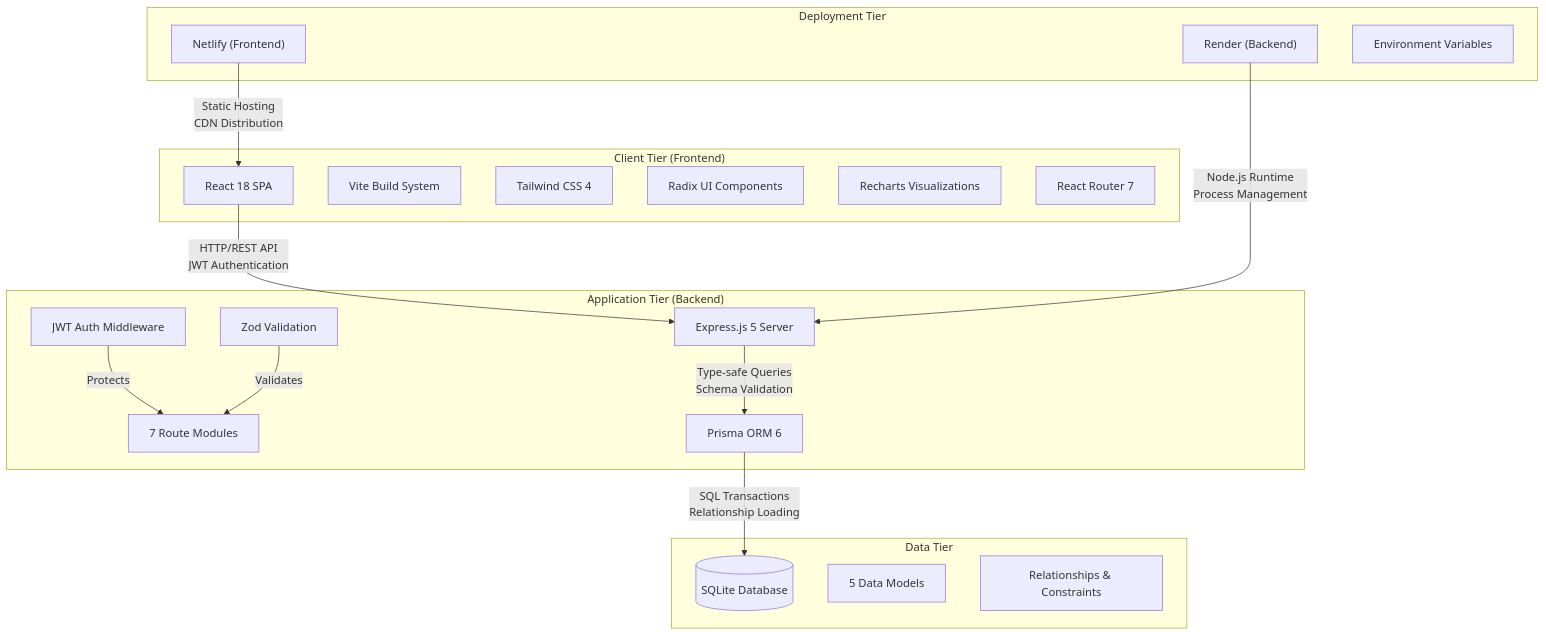
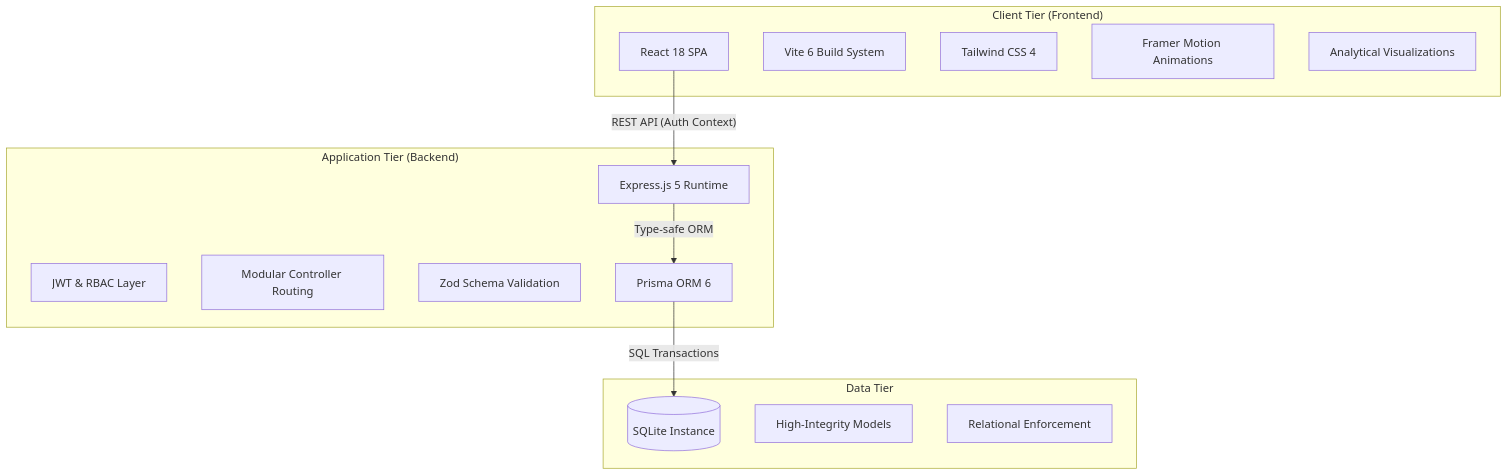
One commit to 4xrhd/logistic-maitainance- changed the diagram in documentation/ARCHITECTURE.md. Above: the diagram before and after it, drawn with Mermaid. The commit also changed other lines of this file and 8 other files, not shown here.

````diff
--- a/documentation/ARCHITECTURE.md
+++ b/documentation/ARCHITECTURE.md
@@ -7,41 +7,28 @@
 ```mermaid
 graph TD
     subgraph Client ["Client Tier (Frontend)"]
         React["React 18 SPA"]
-        Vite["Vite Build System"]
+        Vite["Vite 6 Build System"]
         Tailwind["Tailwind CSS 4"]
-        Radix["Radix UI Components"]
-        Recharts["Recharts Visualizations"]
-        Router["React Router 7"]
+        Motion["Framer Motion Animations"]
+        Recharts["Analytical Visualizations"]
     end
 
     subgraph Server ["Application Tier (Backend)"]
-        Express["Express.js 5 Server"]
-        Auth["JWT Auth Middleware"]
-        Routes["7 Route Modules"]
-        Validation["Zod Validation"]
+        Express["Express.js 5 Runtime"]
+        Auth["JWT & RBAC Layer"]
+        Routes["Modular Controller Routing"]
+        Validation["Zod Schema Validation"]
         Prisma["Prisma ORM 6"]
     end
 
     subgraph Data ["Data Tier"]
-        SQLite[("SQLite Database")]
-        Models["5 Data Models"]
-        Relations["Relationships & Constraints"]
+        SQLite[("SQLite Instance")]
+        Models["High-Integrity Models"]
+        Constraints["Relational Enforcement"]
     end
 
-    subgraph Deployment ["Deployment Tier"]
-        Netlify["Netlify (Frontend)"]
-        Render["Render (Backend)"]
-        Env["Environment Variables"]
-    end
-
-    React -- "HTTP/REST API<br/>JWT Authentication" --> Express
-    Express -- "Type-safe Queries<br/>Schema Validation" --> Prisma
-    Prisma -- "SQL Transactions<br/>Relationship Loading" --> SQLite
-    
-    Netlify -- "Static Hosting<br/>CDN Distribution" --> React
-    Render -- "Node.js Runtime<br/>Process Management" --> Express
-    
-    Auth -- "Protects" --> Routes
-    Validation -- "Validates" --> Routes
+    React -- "REST API (Auth Context)" --> Express
+    Express -- "Type-safe ORM" --> Prisma
+    Prisma -- "SQL Transactions" --> SQLite
 ```
````
